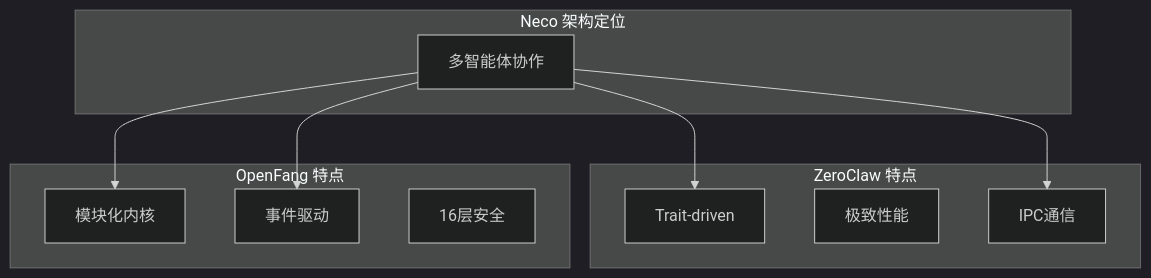
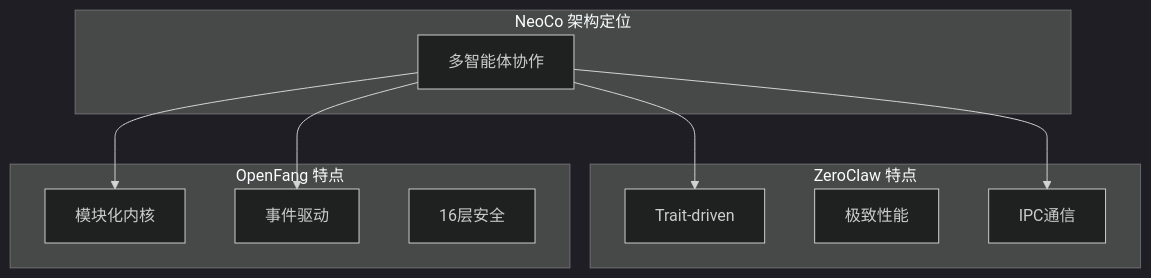
One commit to MiyakoMeow/neco changed diagram 18 of 18 in progress/TECH.md. Above: the diagram before and after it, drawn with Mermaid (dark theme). The commit also changed other lines of this file and 14 other files, not shown here.

````diff
--- a/progress/TECH.md
+++ b/progress/TECH.md
@@ -1228,23 +1228,23 @@
 ```mermaid
 graph TB
-    subgraph "Neco 架构定位"
+    subgraph "NeoCo 架构定位"
         N[多智能体协作]
     end
     
     subgraph "ZeroClaw 特点"
         Z1[Trait-driven]
         Z2[极致性能]
         Z3[IPC通信]
     end
     
     subgraph "OpenFang 特点"
         O1[模块化内核]
         O2[事件驱动]
         O3[16层安全]
     end
     
     N --> Z1
     N --> O1
     N --> O2
     N --> Z3
 ```
````
